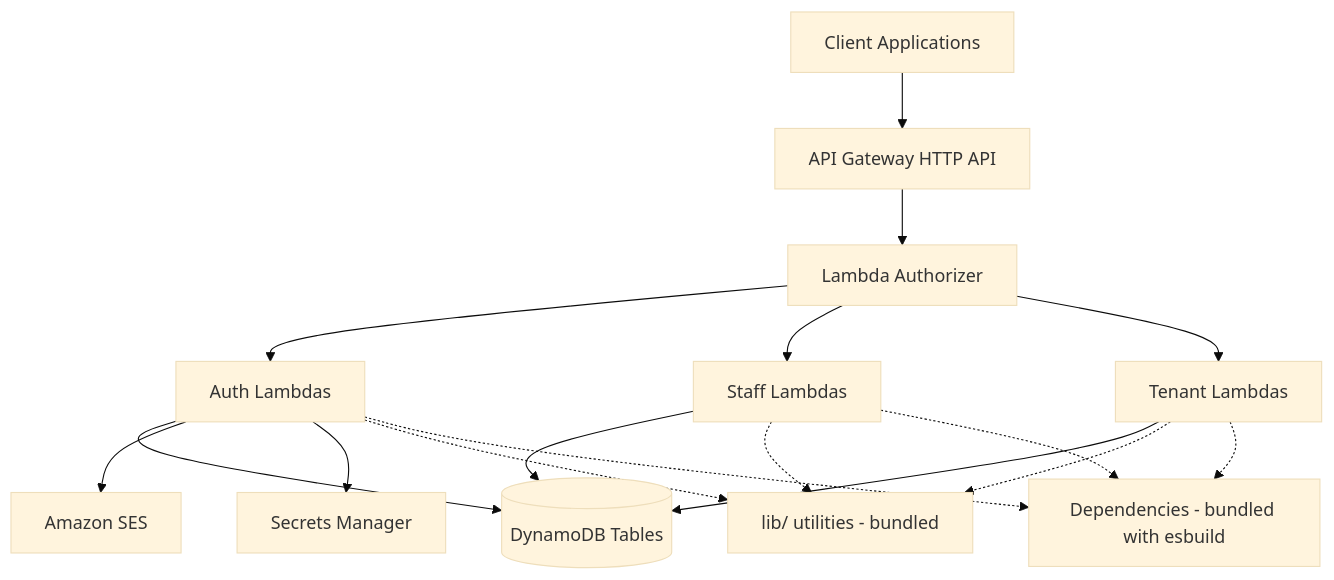
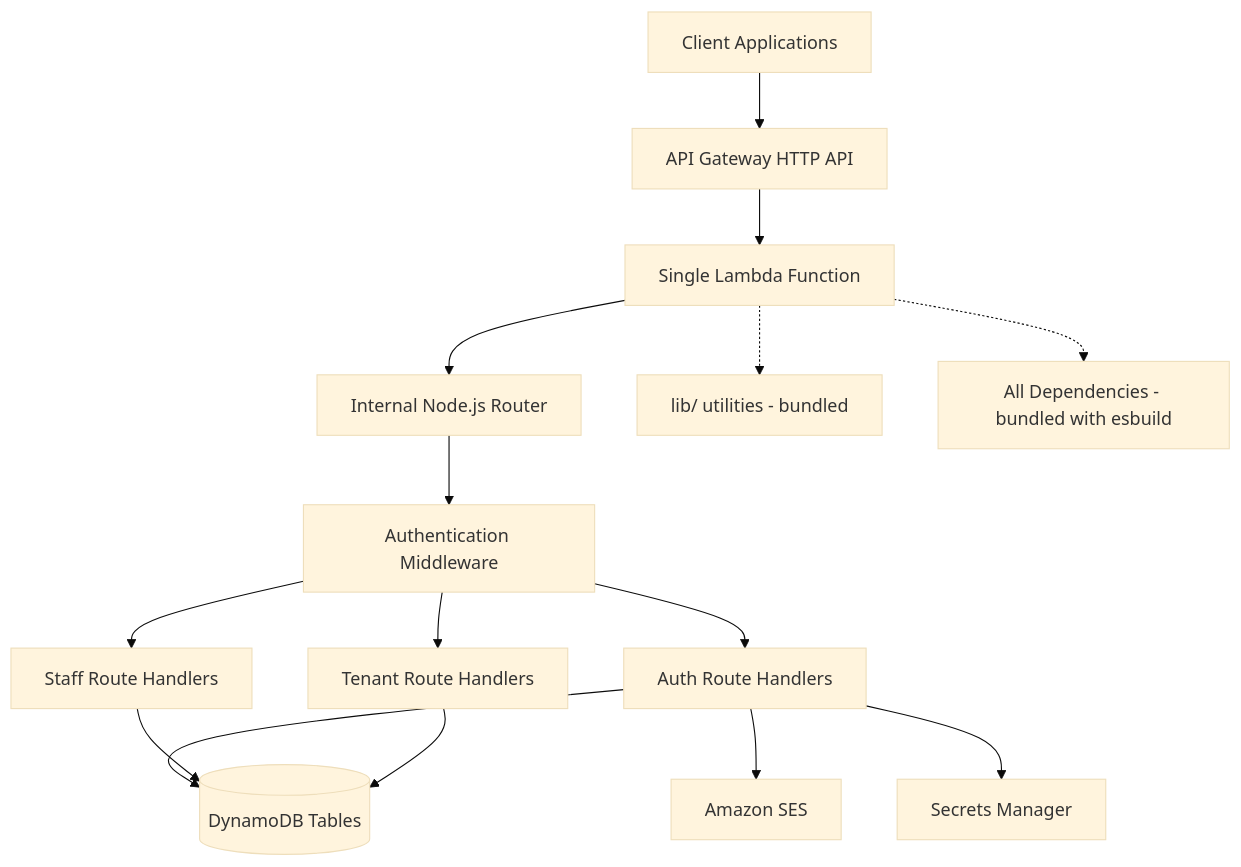
Before and after one commit to iversion-git/onboard: the diagram in .kiro/specs/aws-lambda-control-plane/design.md, drawn with Mermaid (base theme). The commit also changed other lines of this file and 25 other files, not shown here.

Commit message:
task 1 single function completed

````diff
--- a/.kiro/specs/aws-lambda-control-plane/design.md
+++ b/.kiro/specs/aws-lambda-control-plane/design.md
@@ -13,23 +13,21 @@
 ```mermaid
 graph TB
     Client[Client Applications] --> APIGW[API Gateway HTTP API]
-    APIGW --> Auth[Lambda Authorizer]
-    Auth --> AuthLambda[Auth Lambdas]
-    Auth --> StaffLambda[Staff Lambdas]
-    Auth --> TenantLambda[Tenant Lambdas]
+    APIGW --> SingleLambda[Single Lambda Function]
     
-    AuthLambda --> DDB[(DynamoDB Tables)]
-    StaffLambda --> DDB
-    TenantLambda --> DDB
+    SingleLambda --> Router[Internal Node.js Router]
+    Router --> AuthMiddleware[Authentication Middleware]
+    AuthMiddleware --> AuthHandlers[Auth Route Handlers]
+    AuthMiddleware --> StaffHandlers[Staff Route Handlers]
+    AuthMiddleware --> TenantHandlers[Tenant Route Handlers]
     
-    AuthLambda --> SES[Amazon SES]
-    AuthLambda --> SM[Secrets Manager]
+    AuthHandlers --> DDB[(DynamoDB Tables)]
+    StaffHandlers --> DDB
+    TenantHandlers --> DDB
     
-    AuthLambda -.-> LibUtils[lib/ utilities - bundled]
-    StaffLambda -.-> LibUtils
-    TenantLambda -.-> LibUtils
+    AuthHandlers --> SES[Amazon SES]
+    AuthHandlers --> SM[Secrets Manager]
     
-    AuthLambda -.-> BundledDeps[Dependencies - bundled with esbuild]
-    StaffLambda -.-> BundledDeps
-    TenantLambda -.-> BundledDeps
+    SingleLambda -.-> LibUtils[lib/ utilities - bundled]
+    SingleLambda -.-> BundledDeps[All Dependencies - bundled with esbuild]
 ```
````
